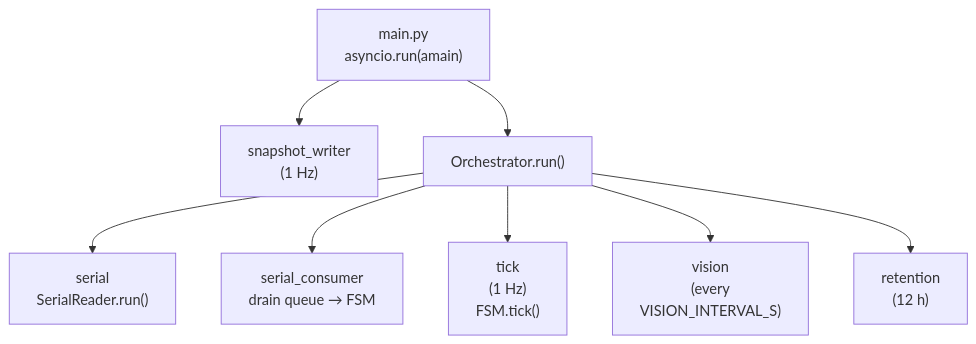
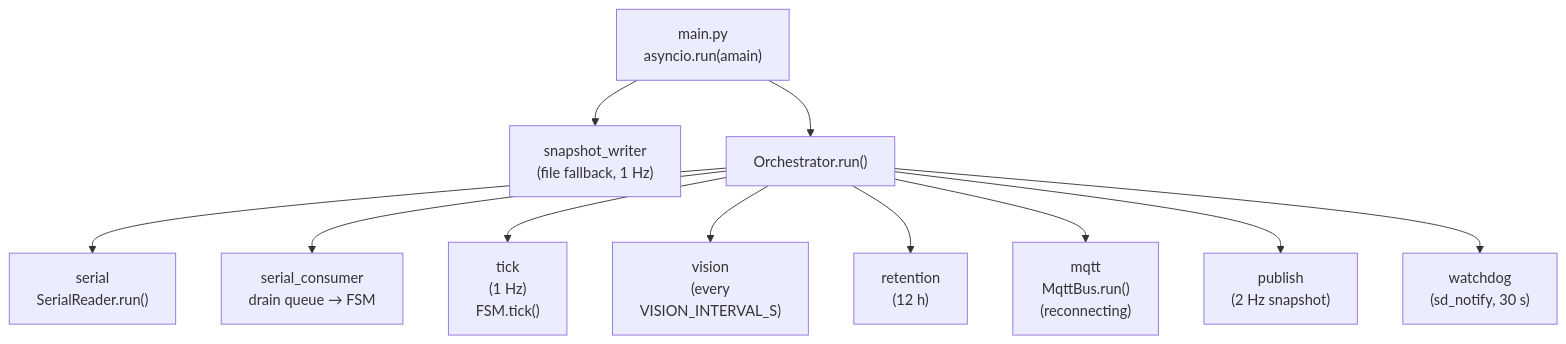
Before and after one commit to Clupai8o0/lock-in-complete: the second of 4 diagrams in docs/architecture.md, drawn with Mermaid. The commit also changed other lines of this file and 17 other files, not shown here.

````diff
--- a/docs/architecture.md
+++ b/docs/architecture.md
@@ -73,15 +84,18 @@
 ```mermaid
 flowchart TB
     main["main.py<br/>asyncio.run(amain)"]
-    snap_task["snapshot_writer<br/>(1 Hz)"]
+    snap_task["snapshot_writer<br/>(file fallback, 1 Hz)"]
     orch_run["Orchestrator.run()"]
 
     main --> snap_task
     main --> orch_run
 
     orch_run --> t_serial["serial<br/>SerialReader.run()"]
     orch_run --> t_consumer["serial_consumer<br/>drain queue → FSM"]
     orch_run --> t_tick["tick<br/>(1 Hz)<br/>FSM.tick()"]
     orch_run --> t_vision["vision<br/>(every<br/>VISION_INTERVAL_S)"]
     orch_run --> t_retention["retention<br/>(12 h)"]
+    orch_run --> t_mqtt["mqtt<br/>MqttBus.run()<br/>(reconnecting)"]
+    orch_run --> t_publish["publish<br/>(2 Hz snapshot)"]
+    orch_run --> t_watchdog["watchdog<br/>(sd_notify, 30 s)"]
 ```
````
